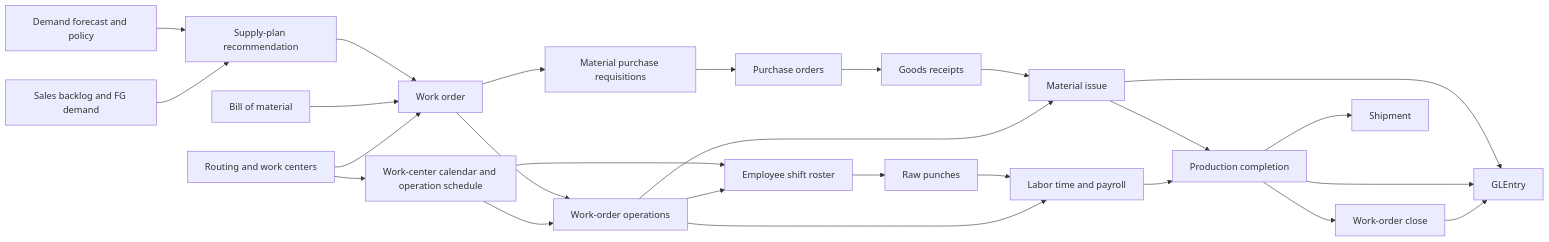
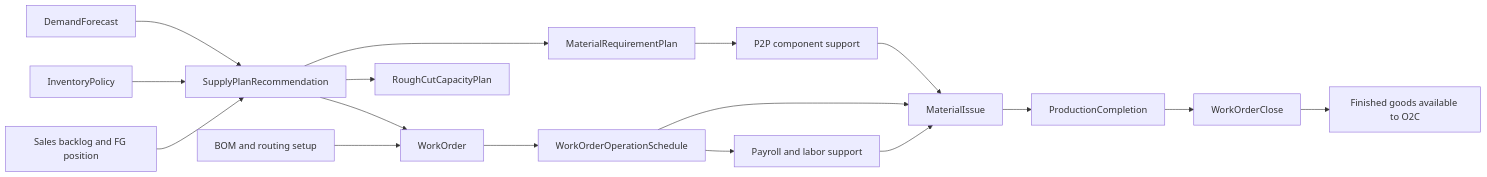
The first of 7 diagrams in docs/processes/manufacturing.md (mmcodesso/CharlesRiver_Database), drawn with Mermaid before and after one commit. The commit also changed other lines of this file and 1 other file, not shown here.

````diff
--- a/docs/processes/manufacturing.md
+++ b/docs/processes/manufacturing.md
@@ -11,44 +20,30 @@
 ```mermaid
 flowchart LR
-    DF[Demand forecast and policy]
-    SO[Sales backlog and FG demand]
-    SPR[Supply-plan recommendation]
-    PR[Material purchase requisitions]
-    PO[Purchase orders]
-    GR[Goods receipts]
-    BOM[Bill of material]
-    RT[Routing and work centers]
-    CAL[Work-center calendar and operation schedule]
-    WO[Work order]
-    WOO[Work-order operations]
-    ESR[Employee shift roster]
-    TCP[Raw punches]
-    MI[Material issue]
-    LT[Labor time and payroll]
-    PC[Production completion]
-    WC[Work-order close]
-    SH[Shipment]
-    GL[GLEntry]
+    DF[DemandForecast]
+    IP[InventoryPolicy]
+    SB[Sales backlog and FG position]
+    SPR[SupplyPlanRecommendation]
+    MRP[MaterialRequirementPlan]
+    RCCP[RoughCutCapacityPlan]
+    BOM[BOM and routing setup]
+    WO[WorkOrder]
+    WOS[WorkOrderOperationSchedule]
+    P2P[P2P component support]
+    LAB[Payroll and labor support]
+    MI[MaterialIssue]
+    PC[ProductionCompletion]
+    WC[WorkOrderClose]
+    O2C[Finished goods available to O2C]
 
-    DF --> SPR --> WO
-    SO --> SPR
+    DF --> SPR
+    IP --> SPR
+    SB --> SPR
+    SPR --> MRP
+    SPR --> RCCP
     BOM --> WO
-    RT --> WO
-    RT --> CAL
-    WO --> PR
-    WO --> WOO
-    CAL --> WOO
-    CAL --> ESR
-    PR --> PO --> GR --> MI
-    WOO --> MI
-    WOO --> ESR
-    ESR --> TCP --> LT
-    WOO --> LT
-    MI --> PC
-    LT --> PC
-    PC --> WC
-    PC --> SH
-    MI --> GL
-    PC --> GL
-    WC --> GL
+    SPR --> WO --> WOS
+    MRP --> P2P --> MI
+    WOS --> MI
+    WOS --> LAB --> MI
+    MI --> PC --> WC --> O2C
 ```
````
